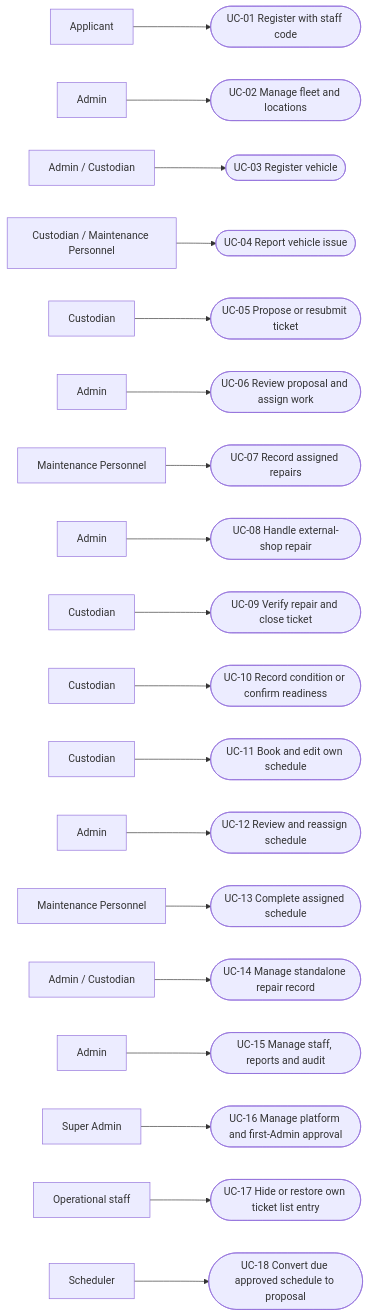
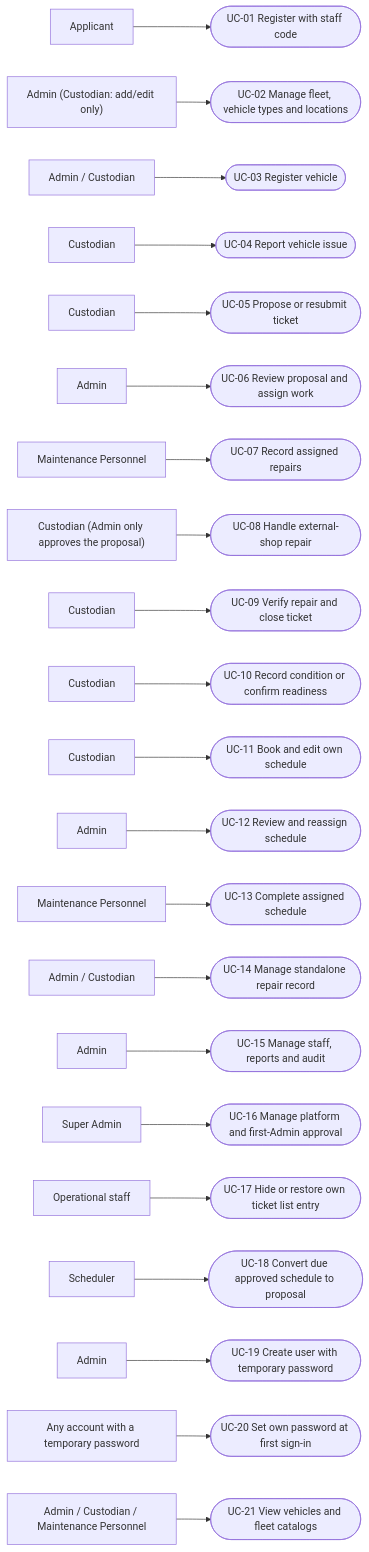
One commit to ORozCo11/Dev_Paul changed the diagram in VMS Docs/Use-Case-Diagram.md. Above: the diagram before and after it, drawn with Mermaid. The commit also changed other lines of this file and 193 other files, not shown here.

````diff
--- a/VMS Docs/Use-Case-Diagram.md
+++ b/VMS Docs/Use-Case-Diagram.md
@@ -5,21 +5,24 @@
 ```mermaid
 flowchart LR
     A0["Applicant"] --> U0(["UC-01 Register with staff code"])
-    A1["Admin"] --> U1(["UC-02 Manage fleet and locations"])
+    A1["Admin (Custodian: add/edit only)"] --> U1(["UC-02 Manage fleet, vehicle types and locations"])
     A2["Admin / Custodian"] --> U2(["UC-03 Register vehicle"])
-    A3["Custodian / Maintenance Personnel"] --> U3(["UC-04 Report vehicle issue"])
+    A3["Custodian"] --> U3(["UC-04 Report vehicle issue"])
     A4["Custodian"] --> U4(["UC-05 Propose or resubmit ticket"])
     A5["Admin"] --> U5(["UC-06 Review proposal and assign work"])
     A6["Maintenance Personnel"] --> U6(["UC-07 Record assigned repairs"])
-    A7["Admin"] --> U7(["UC-08 Handle external-shop repair"])
+    A7["Custodian (Admin only approves the proposal)"] --> U7(["UC-08 Handle external-shop repair"])
     A8["Custodian"] --> U8(["UC-09 Verify repair and close ticket"])
     A9["Custodian"] --> U9(["UC-10 Record condition or confirm readiness"])
     A10["Custodian"] --> U10(["UC-11 Book and edit own schedule"])
     A11["Admin"] --> U11(["UC-12 Review and reassign schedule"])
     A12["Maintenance Personnel"] --> U12(["UC-13 Complete assigned schedule"])
     A13["Admin / Custodian"] --> U13(["UC-14 Manage standalone repair record"])
     A14["Admin"] --> U14(["UC-15 Manage staff, reports and audit"])
     A15["Super Admin"] --> U15(["UC-16 Manage platform and first-Admin approval"])
     A16["Operational staff"] --> U16(["UC-17 Hide or restore own ticket list entry"])
     A17["Scheduler"] --> U17(["UC-18 Convert due approved schedule to proposal"])
+    A18["Admin"] --> U18(["UC-19 Create user with temporary password"])
+    A19["Any account with a temporary password"] --> U19(["UC-20 Set own password at first sign-in"])
+    A20["Admin / Custodian / Maintenance Personnel"] --> U20(["UC-21 View vehicles and fleet catalogs"])
 ```
````
